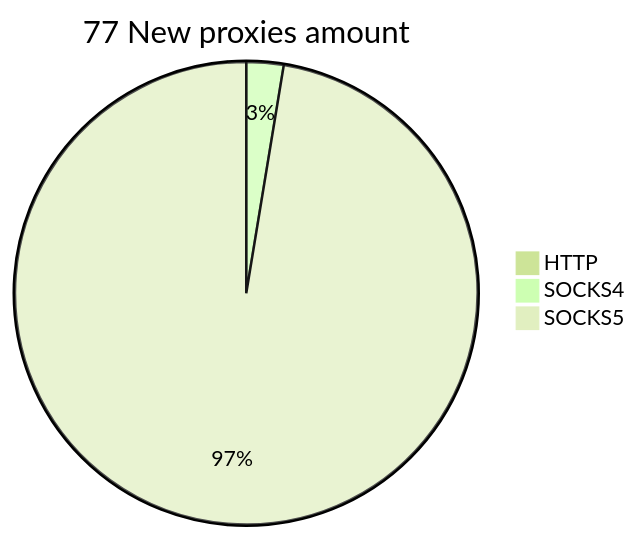
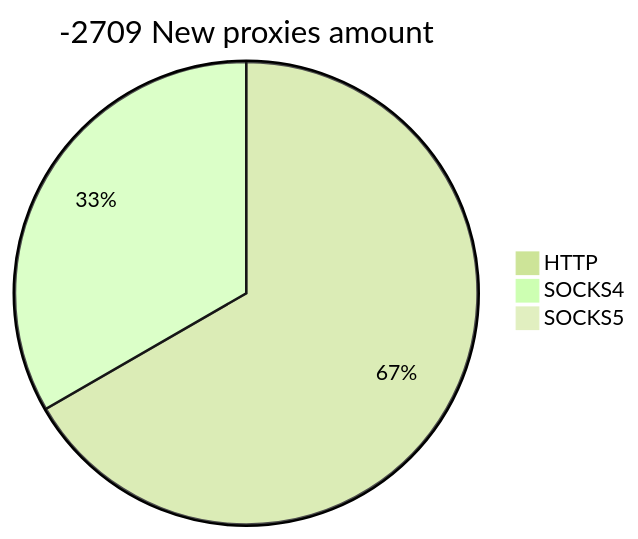
The second of 2 diagrams in README.md (cutipu/proxylist), drawn with Mermaid (forest theme) before and after one commit. The commit also changed other lines of this file, not shown here.

````diff
--- a/README.md
+++ b/README.md
@@ -10,6 +10,6 @@
 ```mermaid
-pie title 77 New proxies amount
-    "HTTP" : 0
-    "SOCKS4" : 2
-    "SOCKS5" : 75
+pie title -2709 New proxies amount
+    "HTTP" : 2
+    "SOCKS4" : 1
+    "SOCKS5" : 0
 ```
````
